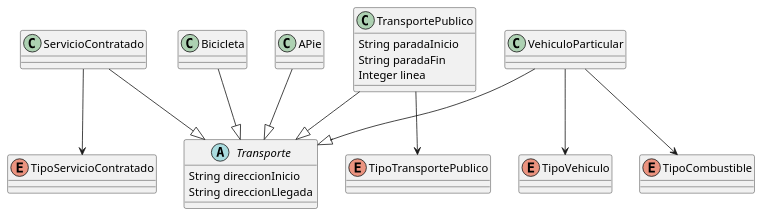
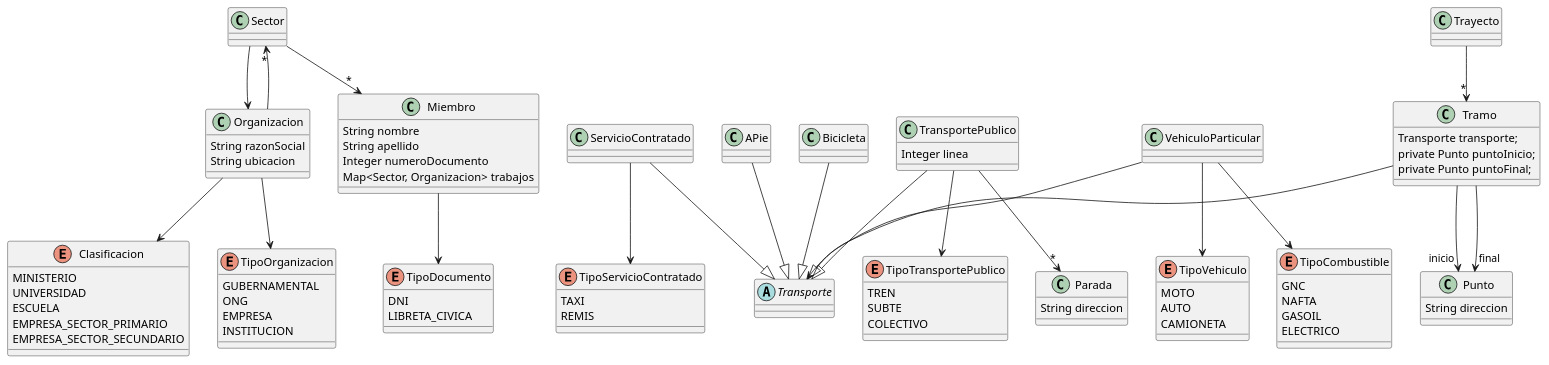
Before and after one commit to comejia/utn-dds-mi-impacto-ambiental: the diagram in src/main/resources/DC-Text.puml, drawn with PlantUML.

Commit message:
Actualización DC

```diff
--- a/src/main/resources/DC-Text.puml
+++ b/src/main/resources/DC-Text.puml
@@ -1,37 +1,114 @@
 @startuml
+
+class Miembro {
+    String nombre
+    String apellido
+    Integer numeroDocumento
+    Map<Sector, Organizacion> trabajos
+}
+
+enum TipoDocumento {
+    DNI
+    LIBRETA_CIVICA
+}
+
+enum Clasificacion {
+    MINISTERIO
+    UNIVERSIDAD
+    ESCUELA
+    EMPRESA_SECTOR_PRIMARIO
+    EMPRESA_SECTOR_SECUNDARIO
+}
+
+class Organizacion {
+    String razonSocial
+    String ubicacion
+}
+
+class Sector
+
+enum TipoOrganizacion {
+    GUBERNAMENTAL
+    ONG
+    EMPRESA
+    INSTITUCION
+}
 
 class APie
 class Bicicleta
-class ServicioContratado
-enum TipoCombustible
-enum TipoServicioContratado
-enum TipoTransportePublico
-enum TipoVehiculo
 
-abstract class Transporte {
-String direccionInicio
-String direccionLlegada
+class Parada {
+    String direccion
 }
 
+
+class ServicioContratado
+
+enum TipoCombustible {
+    GNC
+    NAFTA
+    GASOIL
+    ELECTRICO
+}
+
+enum TipoServicioContratado {
+    TAXI
+    REMIS
+}
+
+enum TipoTransportePublico {
+    TREN
+    SUBTE
+    COLECTIVO
+}
+
+enum TipoVehiculo {
+    MOTO
+    AUTO
+    CAMIONETA
+}
+
+abstract class Transporte
+
 class TransportePublico {
-String paradaInicio
-String paradaFin
-Integer linea
+    Integer linea
 }
+
 class VehiculoParticular
+
+class Punto {
+    String direccion
+}
+
+class Tramo {
+    Transporte transporte;
+  private Punto puntoInicio;
+  private Punto puntoFinal;
+}
+class Trayecto
+
+Miembro --> TipoDocumento
+
+Organizacion --> TipoOrganizacion
+Organizacion --> Clasificacion
+Organizacion --> "*" Sector
+Sector --> Organizacion
+Sector --> "*" Miembro
 
 APie --|> Transporte
 Bicicleta --|> Transporte
-
 ServicioContratado --|> Transporte
 ServicioContratado --> TipoServicioContratado
-
 TransportePublico --|> Transporte
 TransportePublico --> TipoTransportePublico
-
+TransportePublico --> "*" Parada
 VehiculoParticular --|> Transporte
 VehiculoParticular --> TipoVehiculo
 VehiculoParticular --> TipoCombustible
 
+Tramo --> Transporte
+Tramo --> "inicio" Punto
+Tramo --> "final" Punto
+Trayecto --> "*" Tramo
 
 @enduml
```
